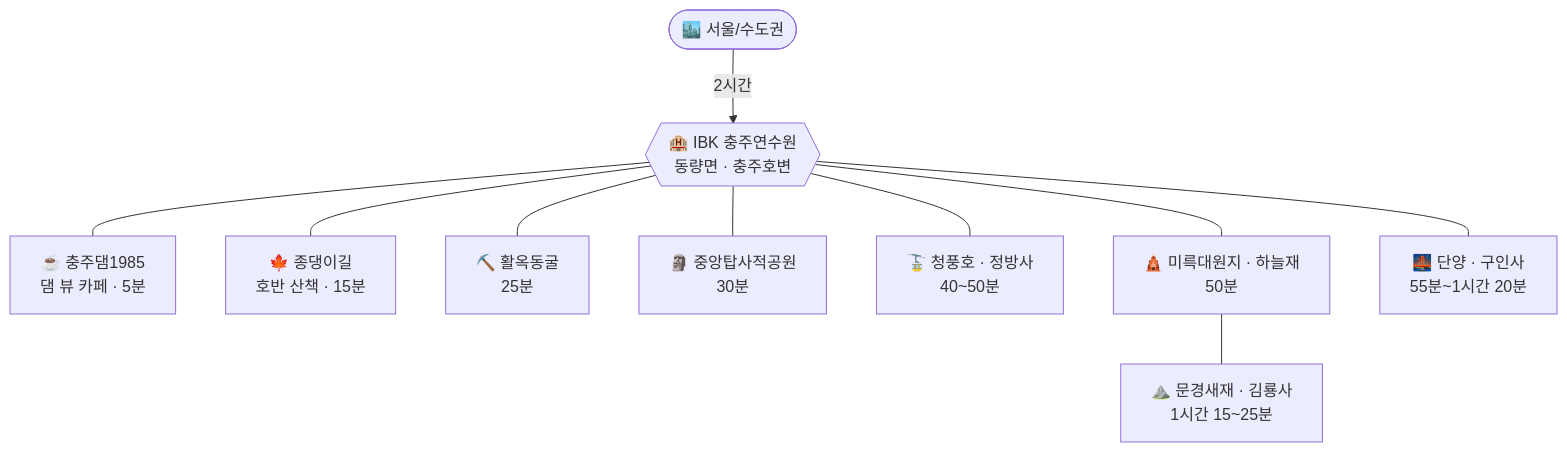
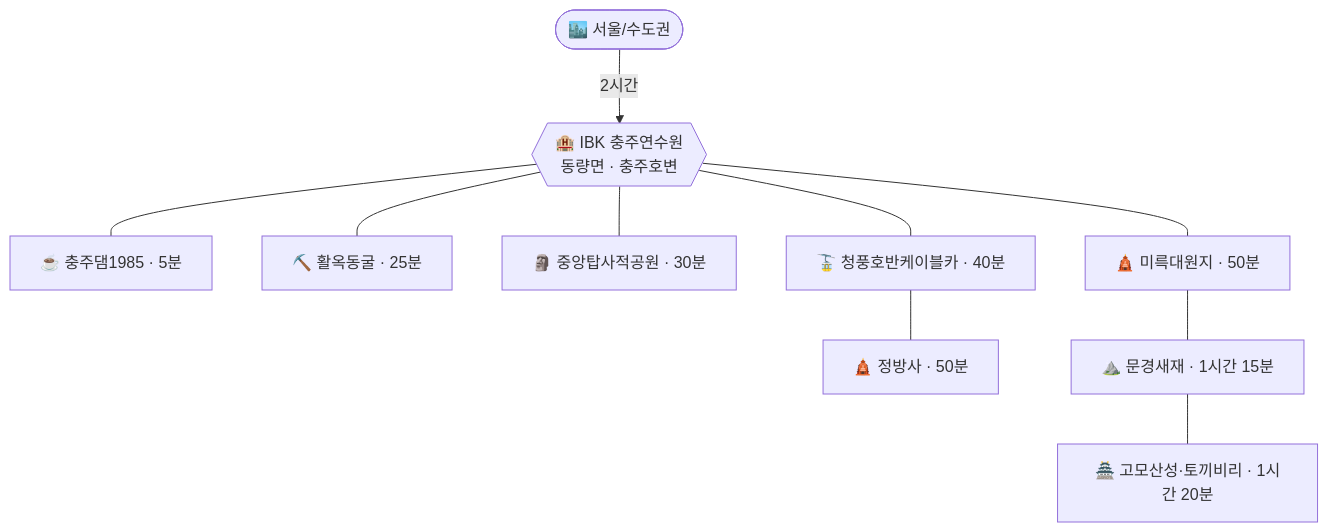
The diagram in docs/trips/2026-autumn-chungju-family-trip.md (SeonghwaPark/travel), drawn with Mermaid before and after one commit. The commit also changed other lines of this file, not shown here.

````diff
--- a/docs/trips/2026-autumn-chungju-family-trip.md
+++ b/docs/trips/2026-autumn-chungju-family-trip.md
@@ -65,23 +65,23 @@
 ```mermaid
 flowchart TD
     Seoul([🏙️ 서울/수도권])
     IBK{{🏨 IBK 충주연수원<br/>동량면 · 충주호변}}
-    CAFE[☕ 충주댐1985<br/>댐 뷰 카페 · 5분]
-    JD[🍁 종댕이길<br/>호반 산책 · 15분]
-    HW[⛏️ 활옥동굴<br/>25분]
-    CJ[🗿 중앙탑사적공원<br/>30분]
-    CP[🚡 청풍호 · 정방사<br/>40~50분]
-    MR[🛕 미륵대원지 · 하늘재<br/>50분]
-    DY[🌉 단양 · 구인사<br/>55분~1시간 20분]
-    MG[⛰️ 문경새재 · 김룡사<br/>1시간 15~25분]
+    CAFE[☕ 충주댐1985 · 5분]
+    HW[⛏️ 활옥동굴 · 25분]
+    CJ[🗿 중앙탑사적공원 · 30분]
+    CP[🚡 청풍호반케이블카 · 40분]
+    JB[🛕 정방사 · 50분]
+    MR[🛕 미륵대원지 · 50분]
+    SJ[⛰️ 문경새재 · 1시간 15분]
+    GM[🏯 고모산성·토끼비리 · 1시간 20분]
 
     Seoul -->|2시간| IBK
     IBK --- CAFE
-    IBK --- JD
     IBK --- HW
     IBK --- CJ
     IBK --- CP
+    CP --- JB
     IBK --- MR
-    IBK --- DY
-    MR --- MG
+    MR --- SJ
+    SJ --- GM
 ```
````
